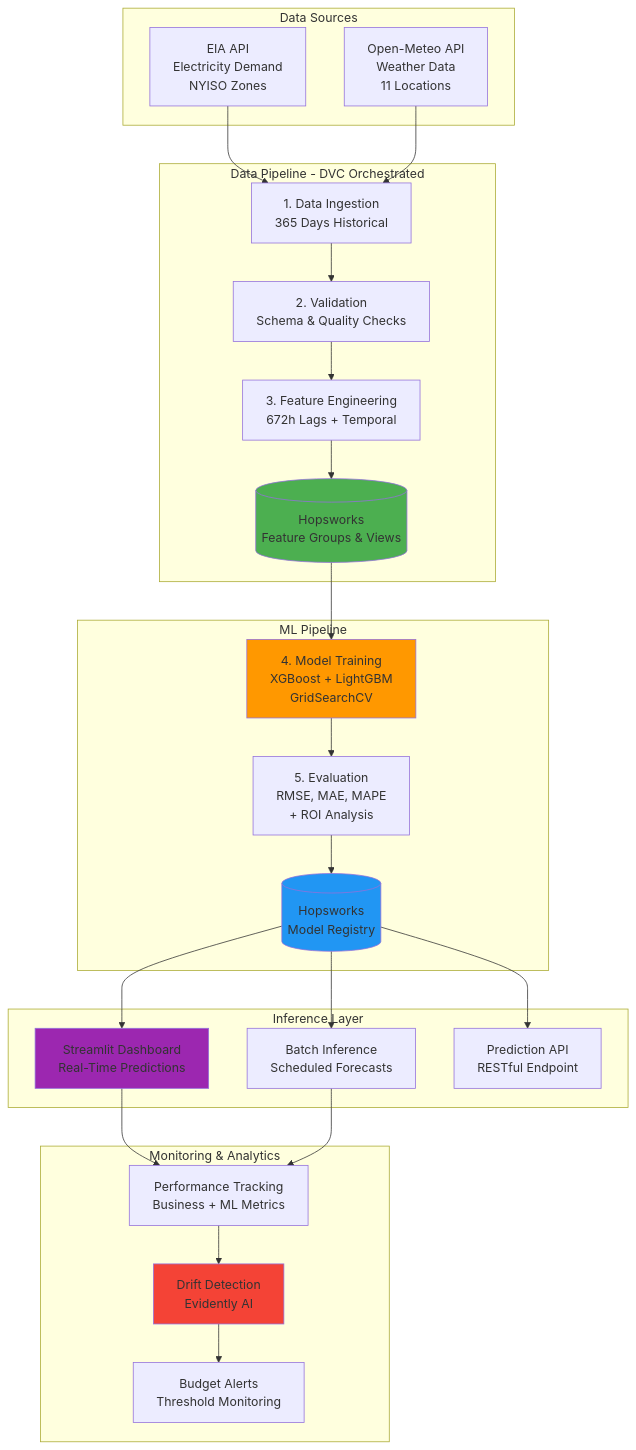
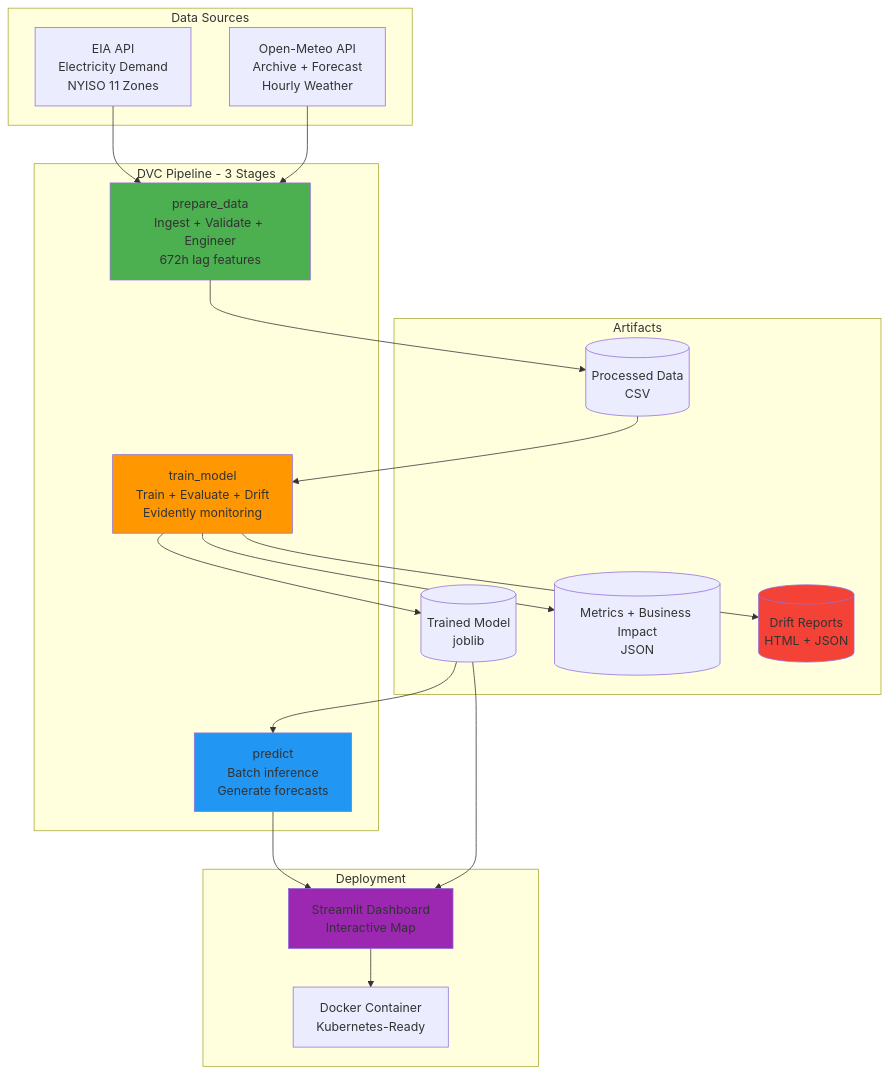
One commit to JavithNaseem-J/WattPredictor changed the first of 3 diagrams in README.md. Above: the diagram before and after it, drawn with Mermaid. The commit also changed other lines of this file and 45 other files, not shown here.

````diff
--- a/README.md
+++ b/README.md
@@ -78,57 +78,43 @@
 ```mermaid
 graph TB
     subgraph "Data Sources"
-        EIA[EIA API<br/>Electricity Demand<br/>NYISO Zones]
-        Weather[Open-Meteo API<br/>Weather Data<br/>11 Locations]
+        EIA[EIA API<br/>Electricity Demand<br/>NYISO 11 Zones]
+        Weather[Open-Meteo API<br/>Archive + Forecast<br/>Hourly Weather]
     end
     
-    subgraph "Data Pipeline - DVC Orchestrated"
-        Ingest[1. Data Ingestion<br/>365 Days Historical]
-        Validate[2. Validation<br/>Schema & Quality Checks]
-        Engineer[3. Feature Engineering<br/>672h Lags + Temporal]
-        FeatureStore[(Hopsworks<br/>Feature Groups & Views)]
+    subgraph "DVC Pipeline - 3 Stages"
+        Stage1[prepare_data<br/>Ingest + Validate + Engineer<br/>672h lag features]
+        Stage2[train_model<br/>Train + Evaluate + Drift<br/>Evidently monitoring]
+        Stage3[predict<br/>Batch inference<br/>Generate forecasts]
     end
     
-    subgraph "ML Pipeline"
-        Train[4. Model Training<br/>XGBoost + LightGBM<br/>GridSearchCV]
-        Evaluate[5. Evaluation<br/>RMSE, MAE, MAPE<br/>+ ROI Analysis]
-        Registry[(Hopsworks<br/>Model Registry)]
+    subgraph "Artifacts"
+        Data[(Processed Data<br/>CSV)]
+        Model[(Trained Model<br/>joblib)]
+        Metrics[(Metrics + Business Impact<br/>JSON)]
+        Drift[(Drift Reports<br/>HTML + JSON)]
     end
     
-    subgraph "Inference Layer"
-        RealTime[Streamlit Dashboard<br/>Real-Time Predictions]
-        Batch[Batch Inference<br/>Scheduled Forecasts]
-        API[Prediction API<br/>RESTful Endpoint]
+    subgraph "Deployment"
+        Dashboard[Streamlit Dashboard<br/>Interactive Map]
+        Docker[Docker Container<br/>Kubernetes-Ready]
     end
     
-    subgraph "Monitoring & Analytics"
-        Drift[Drift Detection<br/>Evidently AI]
-        Metrics[Performance Tracking<br/>Business + ML Metrics]
-        Alerts[Budget Alerts<br/>Threshold Monitoring]
-    end
+    EIA --> Stage1
+    Weather --> Stage1
+    Stage1 --> Data
+    Data --> Stage2
+    Stage2 --> Model
+    Stage2 --> Metrics
+    Stage2 --> Drift
+    Model --> Stage3
+    Stage3 --> Dashboard
+    Model --> Dashboard
+    Dashboard --> Docker
     
-    EIA --> Ingest
-    Weather --> Ingest
-    Ingest --> Validate
-    Validate --> Engineer
-    Engineer --> FeatureStore
-    
-    FeatureStore --> Train
-    Train --> Evaluate
-    Evaluate --> Registry
-    
-    Registry --> RealTime
-    Registry --> Batch
-    Registry --> API
-    
-    RealTime --> Metrics
-    Batch --> Metrics
-    Metrics --> Drift
-    Drift --> Alerts
-    
-    style FeatureStore fill:#4CAF50
-    style Train fill:#FF9800
-    style Registry fill:#2196F3
-    style RealTime fill:#9C27B0
+    style Stage1 fill:#4CAF50
+    style Stage2 fill:#FF9800
+    style Stage3 fill:#2196F3
+    style Dashboard fill:#9C27B0
     style Drift fill:#F44336
 ```
````
